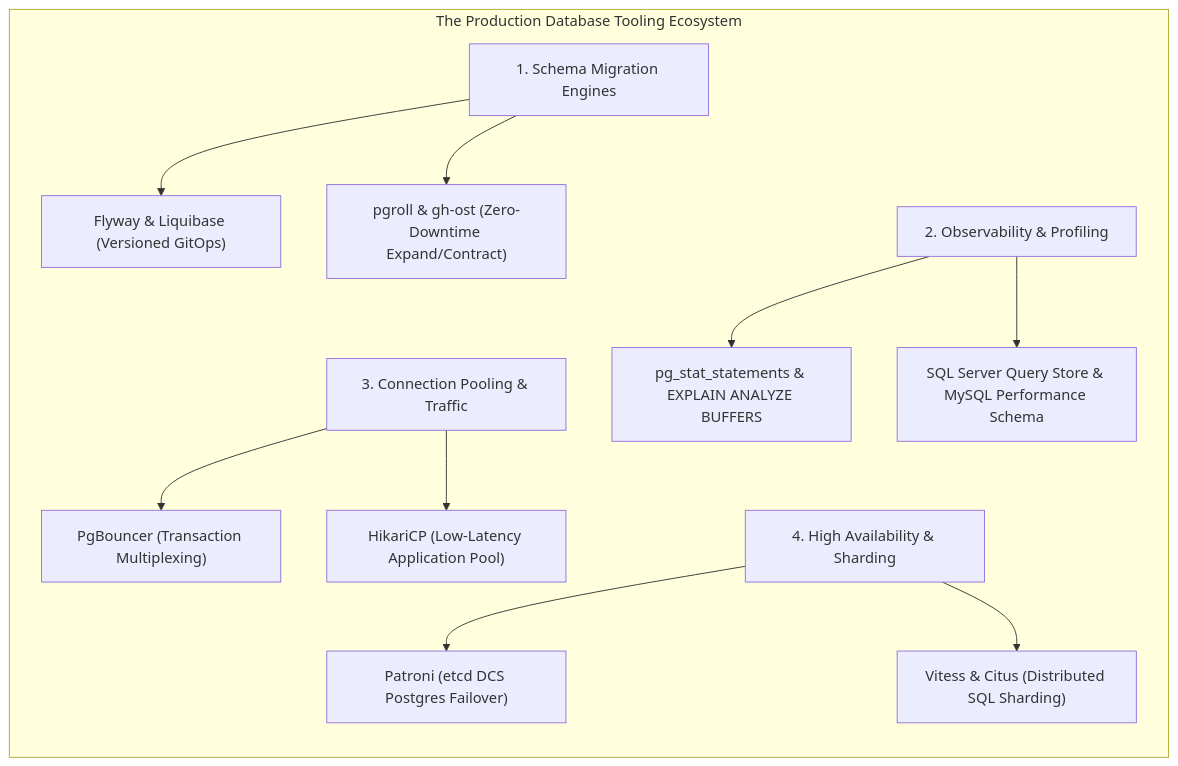
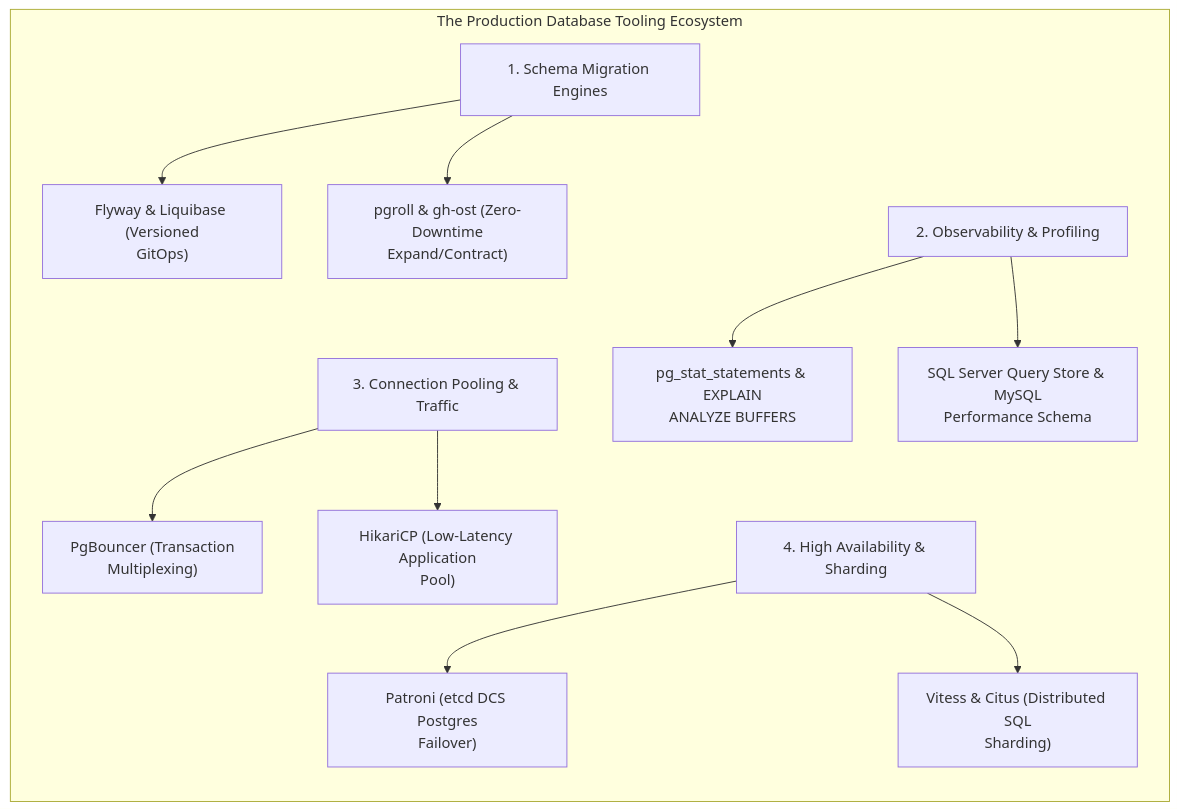
Before and after one commit to santoshjammi29/sql-handbook: the fourth of 6 diagrams in README.md, drawn with Mermaid. The commit also changed other lines of this file and 17 other files, not shown here.

Commit message:
fix(diagrams): word-wrap labels and escape comparison operators across all diagrams

````diff
--- a/README.md
+++ b/README.md
@@ -334,24 +334,24 @@
 ```mermaid
 flowchart TD
     subgraph ToolingSuite["The Production Database Tooling Ecosystem"]
         direction TB
-        M["1. Schema Migration Engines"] --> M1["Flyway & Liquibase (Versioned GitOps)"]
-        M --> M2["pgroll & gh-ost (Zero-Downtime Expand/Contract)"]
+        M["1. Schema Migration Engines"] --> M1["Flyway & Liquibase (Versioned<br/>GitOps)"]
+        M --> M2["pgroll & gh-ost (Zero-Downtime<br/>Expand/Contract)"]
 
-        P["2. Observability & Profiling"] --> P1["pg_stat_statements & EXPLAIN ANALYZE BUFFERS"]
-        P --> P2["SQL Server Query Store & MySQL Performance Schema"]
+        P["2. Observability & Profiling"] --> P1["pg_stat_statements & EXPLAIN<br/>ANALYZE BUFFERS"]
+        P --> P2["SQL Server Query Store & MySQL<br/>Performance Schema"]
 
-        C["3. Connection Pooling & Traffic"] --> C1["PgBouncer (Transaction Multiplexing)"]
-        C --> C2["HikariCP (Low-Latency Application Pool)"]
+        C["3. Connection Pooling & Traffic"] --> C1["PgBouncer (Transaction<br/>Multiplexing)"]
+        C --> C2["HikariCP (Low-Latency Application<br/>Pool)"]
 
-        H["4. High Availability & Sharding"] --> H1["Patroni (etcd DCS Postgres Failover)"]
-        H --> H2["Vitess & Citus (Distributed SQL Sharding)"]
+        H["4. High Availability & Sharding"] --> H1["Patroni (etcd DCS Postgres<br/>Failover)"]
+        H --> H2["Vitess & Citus (Distributed SQL<br/>Sharding)"]
 
         M ~~~ P
         C ~~~ H
         M1 ~~~ C
         M2 ~~~ C
         P1 ~~~ H
         P2 ~~~ H
     end
 ```
````
